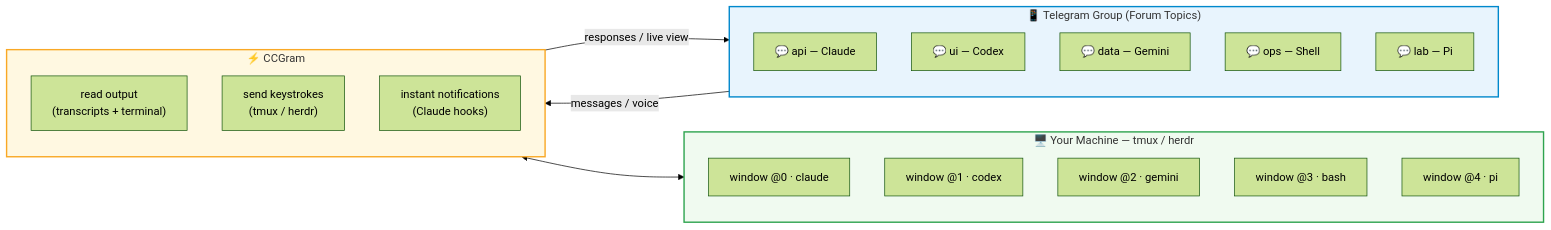
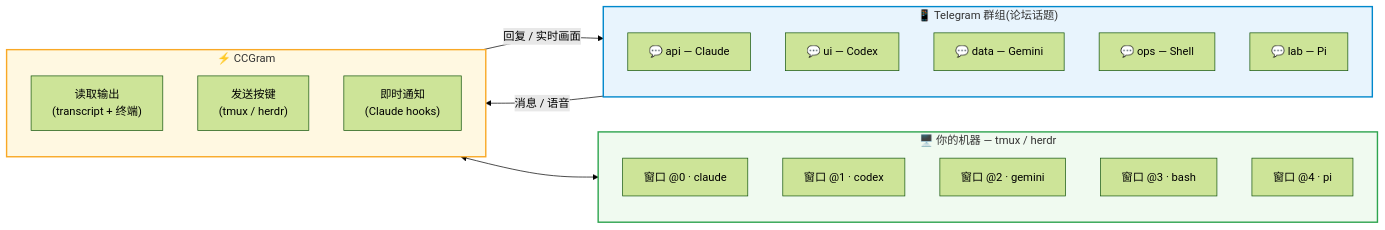
Before and after one commit to devinyan-sre/ccgram: the diagram in README.md, drawn with Mermaid (forest theme). The commit also changed other lines of this file and 42 other files, not shown here.

````diff
--- a/README.md
+++ b/README.md
@@ -23,35 +25,35 @@
 ```mermaid
 graph LR
-  subgraph phone["📱 Telegram Group (Forum Topics)"]
+  subgraph phone["📱 Telegram 群组(论坛话题)"]
     direction TB
     T1["💬 api — Claude"]
     T2["💬 ui — Codex"]
     T3["💬 data — Gemini"]
     T4["💬 ops — Shell"]
     T5["💬 lab — Pi"]
   end
 
   subgraph bridge["⚡ CCGram"]
     direction TB
-    B1["read output\n(transcripts + terminal)"]
-    B2["send keystrokes\n(tmux / herdr)"]
-    B3["instant notifications\n(Claude hooks)"]
+    B1["读取输出\n(transcript + 终端)"]
+    B2["发送按键\n(tmux / herdr)"]
+    B3["即时通知\n(Claude hooks)"]
   end
 
-  subgraph machine["🖥️ Your Machine — tmux / herdr"]
+  subgraph machine["🖥️ 你的机器 — tmux / herdr"]
     direction TB
-    W1["window @0 · claude"]
-    W2["window @1 · codex"]
-    W3["window @2 · gemini"]
-    W4["window @3 · bash"]
-    W5["window @4 · pi"]
+    W1["窗口 @0 · claude"]
+    W2["窗口 @1 · codex"]
+    W3["窗口 @2 · gemini"]
+    W4["窗口 @3 · bash"]
+    W5["窗口 @4 · pi"]
   end
 
-  phone -- "messages / voice" --> bridge
-  bridge -- "responses / live view" --> phone
+  phone -- "消息 / 语音" --> bridge
+  bridge -- "回复 / 实时画面" --> phone
   bridge <--> machine
 
   style phone fill:#e8f4fd,stroke:#0088cc,stroke-width:2px,color:#333
   style bridge fill:#fff8e1,stroke:#f9a825,stroke-width:2px,color:#333
   style machine fill:#f0faf0,stroke:#2ea44f,stroke-width:2px,color:#333
 ```
````
